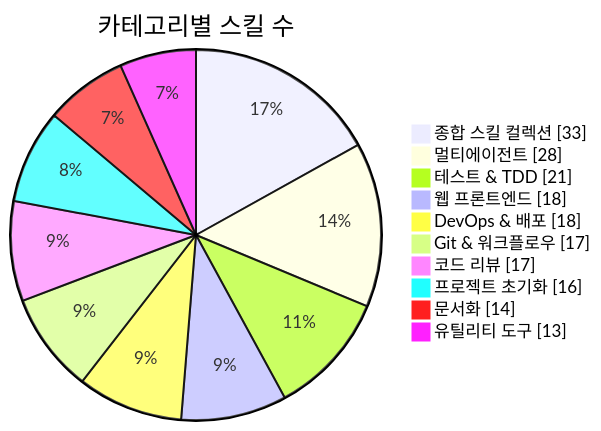
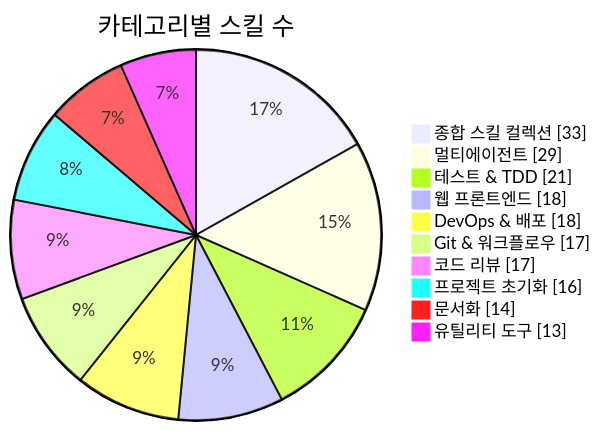
Before and after one commit to J-nowcow/awesome-korean-agent-skills: the first of 3 diagrams in README.md, drawn with Mermaid. The commit also changed other lines of this file and 4 other files, not shown here.

````diff
--- a/README.md
+++ b/README.md
@@ -176,14 +176,14 @@
 ```mermaid
 pie showData
     title 카테고리별 스킬 수
     "종합 스킬 컬렉션" : 33
-    "멀티에이전트" : 28
+    "멀티에이전트" : 29
     "테스트 & TDD" : 21
     "웹 프론트엔드" : 18
     "DevOps & 배포" : 18
     "Git & 워크플로우" : 17
     "코드 리뷰" : 17
     "프로젝트 초기화" : 16
     "문서화" : 14
     "유틸리티 도구" : 13
 ```
````
